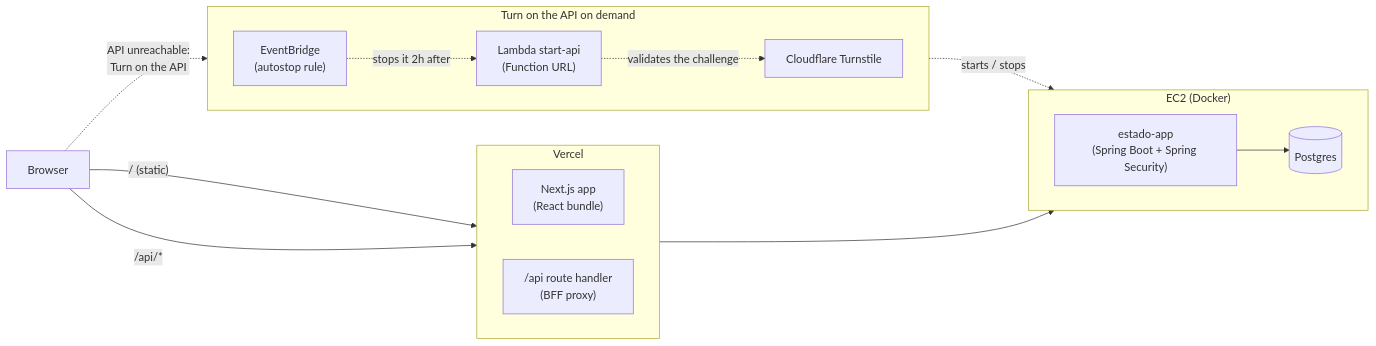
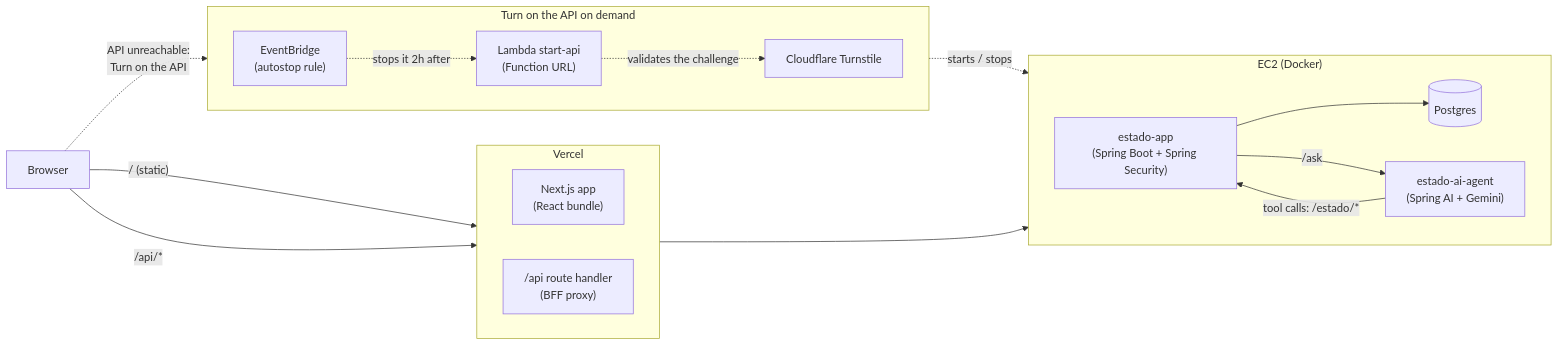
The diagram in README.md (ronybrand/react_state), drawn with Mermaid before and after one commit. The commit also changed other lines of this file and 14 other files, not shown here.

````diff
--- a/README.md
+++ b/README.md
@@ -18,33 +20,36 @@
 ```mermaid
 flowchart LR
     Browser["Browser"]
 
     subgraph Vercel["Vercel"]
         direction LR
         Static["Next.js app\n(React bundle)"]
         Rewrite["/api route handler\n(BFF proxy)"]
     end
 
     subgraph EC2["EC2 (Docker)"]
         direction LR
         App["estado-app\n(Spring Boot + Spring Security)"]
         DB[("Postgres")]
+        Agent["estado-ai-agent\n(Spring AI + Gemini)"]
     end
 
 
     subgraph OnDemand["Turn on the API on demand"]
         direction LR
         Lambda["Lambda start-api\n(Function URL)"]
         Turnstile["Cloudflare Turnstile"]
         Autostop["EventBridge\n(autostop rule)"]
     end
 
     Browser -- "/ (static)" --> Static
     Browser -- "/api/*" --> Rewrite
     Rewrite --> App
     App --> DB
+    App -- "/ask" --> Agent
+    Agent -- "tool calls: /estado/*" --> App
     Browser -. "API unreachable:\nTurn on the API" .-> Lambda
     Lambda -. "validates the challenge" .-> Turnstile
     Lambda -. "starts / stops" .-> EC2
     Autostop -. "stops it 2h after" .-> Lambda
 ```
````
